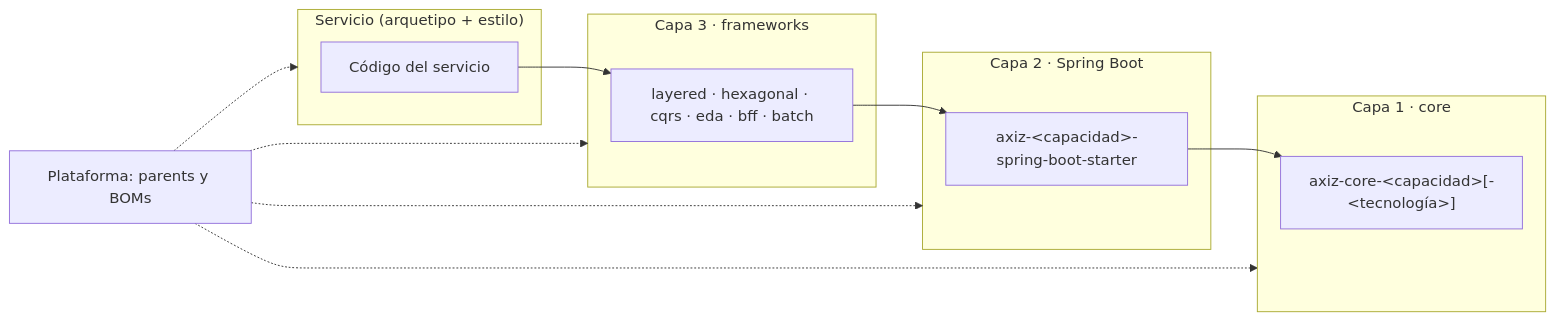
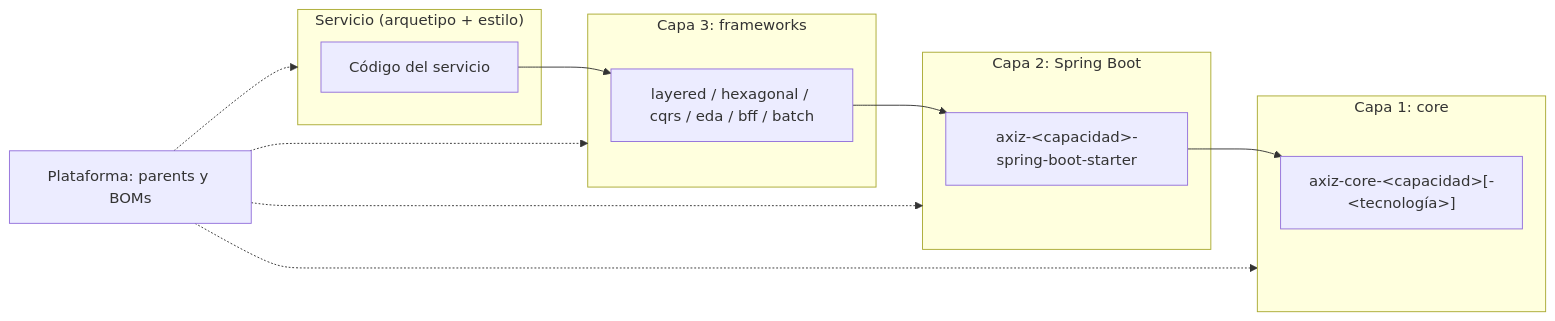
One commit to edgarrth/java-framework-custom changed the diagram in axiz-docs/docs/arquitectura/index.md. Above: the diagram before and after it, drawn with Mermaid. The commit also changed 152 other files, not shown here.

````diff
--- a/axiz-docs/docs/arquitectura/index.md
+++ b/axiz-docs/docs/arquitectura/index.md
@@ -7,18 +7,18 @@
 ```mermaid
 flowchart LR
   subgraph S["Servicio (arquetipo + estilo)"]
     code["Código del servicio"]
   end
-  subgraph L3["Capa 3 · frameworks"]
-    fw["layered · hexagonal · cqrs · eda · bff · batch"]
+  subgraph L3["Capa 3: frameworks"]
+    fw["layered / hexagonal / cqrs / eda / bff / batch"]
   end
-  subgraph L2["Capa 2 · Spring Boot"]
+  subgraph L2["Capa 2: Spring Boot"]
     st["axiz-&lt;capacidad&gt;-spring-boot-starter"]
   end
-  subgraph L1["Capa 1 · core"]
+  subgraph L1["Capa 1: core"]
     core["axiz-core-&lt;capacidad&gt;[-&lt;tecnología&gt;]"]
   end
   P["Plataforma: parents y BOMs"]
   code --> fw --> st --> core
   P -.-> S & L3 & L2 & L1
 ```
````
